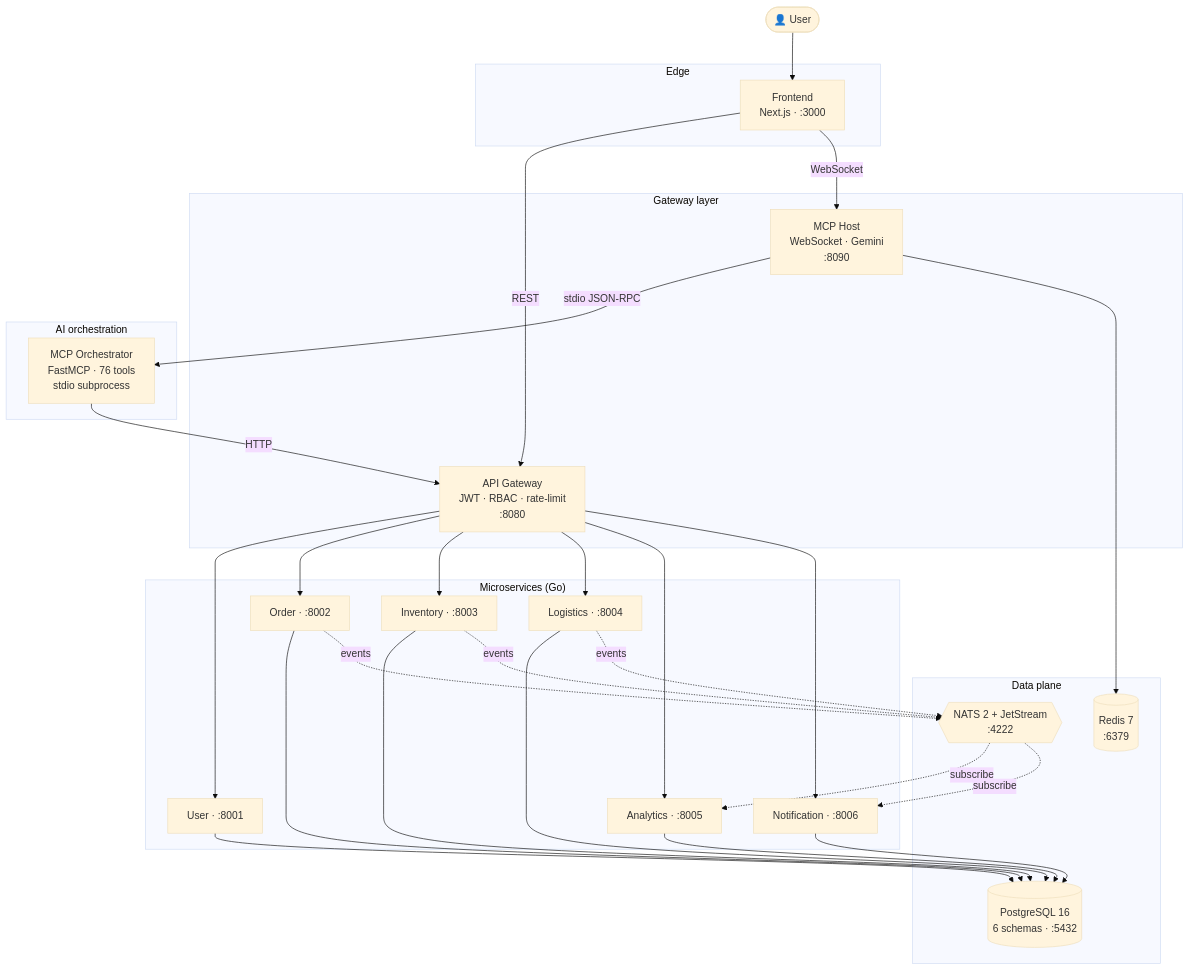
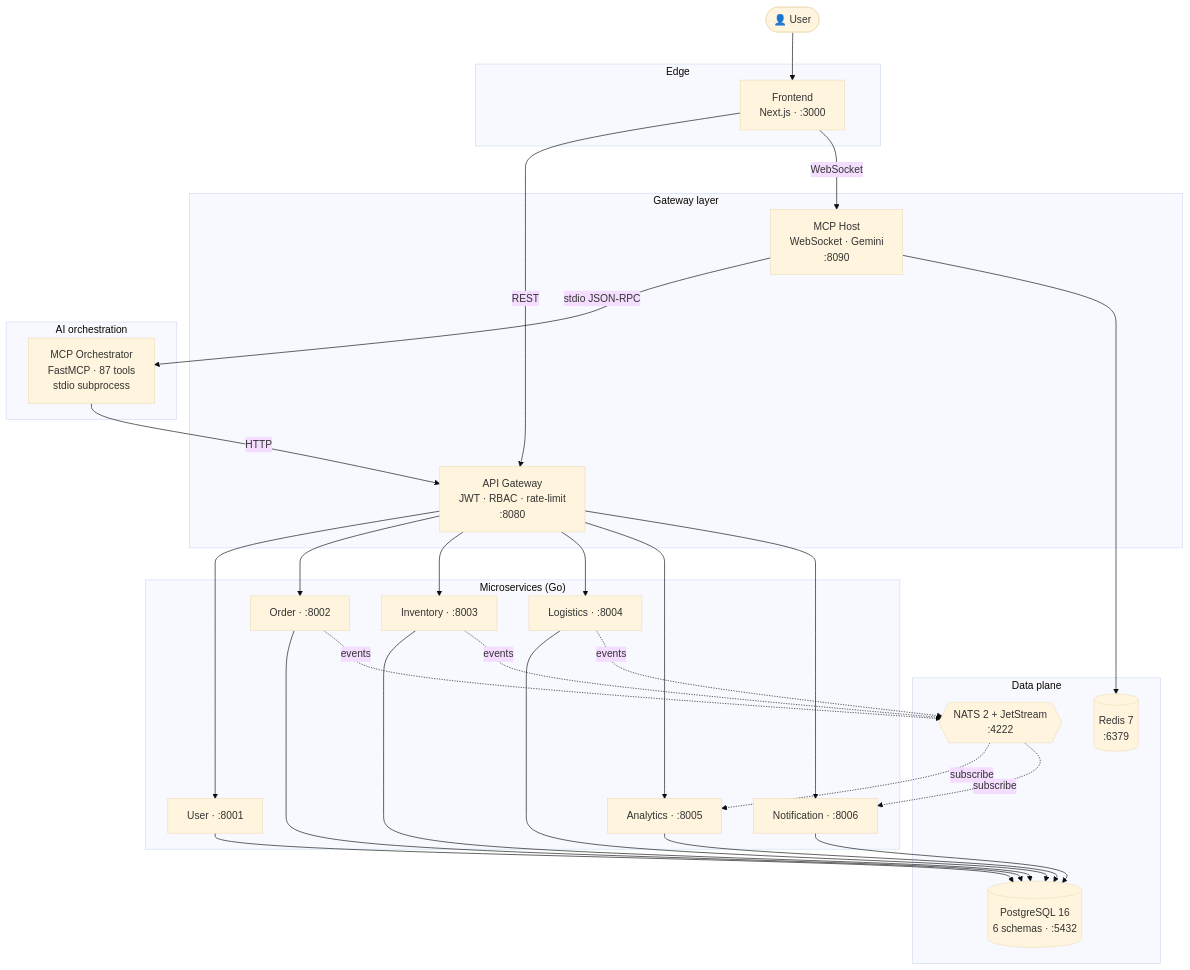
The first of 2 diagrams in README.md (mykhailo-boiko/Diploma-Project), drawn with Mermaid (base theme) before and after one commit. The commit also changed other lines of this file and 3 other files, not shown here.

````diff
--- a/README.md
+++ b/README.md
@@ -17,60 +17,60 @@
 ```mermaid
 flowchart TB
     User([👤 User])
 
     subgraph edge["Edge"]
         Frontend["Frontend<br/>Next.js · :3000"]
     end
 
     subgraph gateway["Gateway layer"]
         APIGW["API Gateway<br/>JWT · RBAC · rate-limit<br/>:8080"]
         MCPHost["MCP Host<br/>WebSocket · Gemini<br/>:8090"]
     end
 
     subgraph ai["AI orchestration"]
-        MCPOrch["MCP Orchestrator<br/>FastMCP · 76 tools<br/>stdio subprocess"]
+        MCPOrch["MCP Orchestrator<br/>FastMCP · 87 tools<br/>stdio subprocess"]
     end
 
     subgraph svc["Microservices (Go)"]
         US["User · :8001"]
         OS["Order · :8002"]
         IS["Inventory · :8003"]
         LS["Logistics · :8004"]
         AS["Analytics · :8005"]
         NS["Notification · :8006"]
     end
 
     subgraph data["Data plane"]
         PG[("PostgreSQL 16<br/>6 schemas · :5432")]
         NATS{{"NATS 2 + JetStream<br/>:4222"}}
         Redis[("Redis 7<br/>:6379")]
     end
 
     User --> Frontend
     Frontend -- REST --> APIGW
     Frontend -- WebSocket --> MCPHost
     MCPHost -- stdio JSON-RPC --> MCPOrch
     MCPOrch -- HTTP --> APIGW
 
     APIGW --> US
     APIGW --> OS
     APIGW --> IS
     APIGW --> LS
     APIGW --> AS
     APIGW --> NS
 
     US --> PG
     OS --> PG
     IS --> PG
     LS --> PG
     AS --> PG
     NS --> PG
 
     OS -. events .-> NATS
     IS -. events .-> NATS
     LS -. events .-> NATS
     NATS -. subscribe .-> AS
     NATS -. subscribe .-> NS
 
     MCPHost --> Redis
 ```
````
